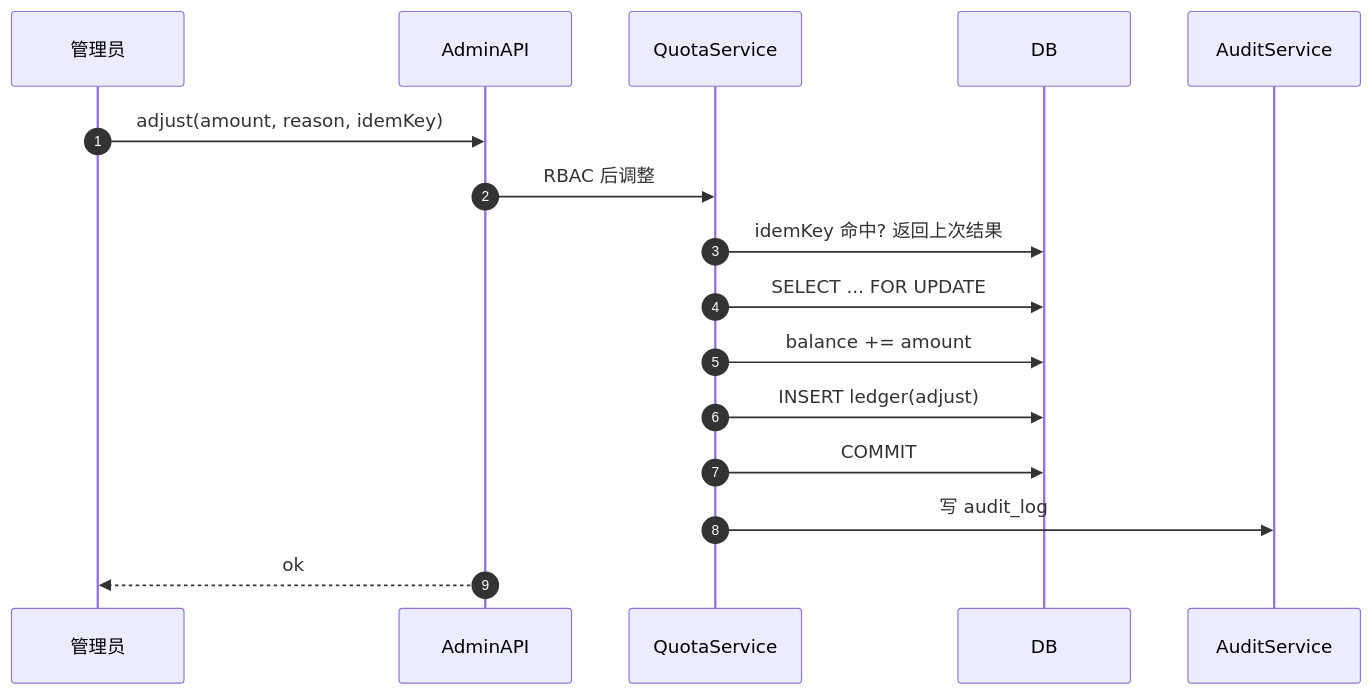
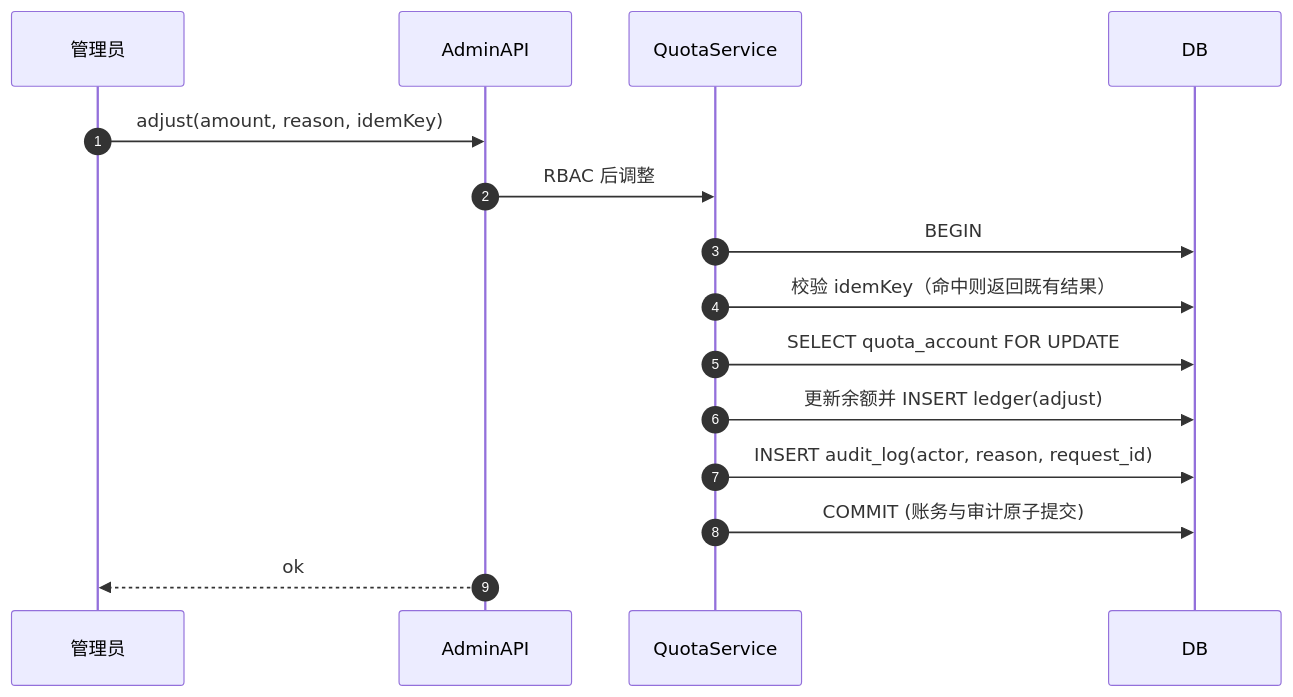
Before and after one commit to hchw/slogan: the eighth of 11 diagrams in docs/design-admin-platform.md, drawn with Mermaid. The commit also changed other lines of this file and 126 other files, not shown here.

````diff
--- a/docs/design-admin-platform.md
+++ b/docs/design-admin-platform.md
@@ -879,18 +887,17 @@
 ```mermaid
 sequenceDiagram
     autonumber
     participant A as 管理员
     participant API as AdminAPI
     participant QS as QuotaService
     participant DB as DB
-    participant AU as AuditService
     A->>API: adjust(amount, reason, idemKey)
     API->>QS: RBAC 后调整
-    QS->>DB: idemKey 命中? 返回上次结果
-    QS->>DB: SELECT ... FOR UPDATE
-    QS->>DB: balance += amount
-    QS->>DB: INSERT ledger(adjust)
-    QS->>DB: COMMIT
-    QS->>AU: 写 audit_log
+    QS->>DB: BEGIN
+    QS->>DB: 校验 idemKey（命中则返回既有结果）
+    QS->>DB: SELECT quota_account FOR UPDATE
+    QS->>DB: 更新余额并 INSERT ledger(adjust)
+    QS->>DB: INSERT audit_log(actor, reason, request_id)
+    QS->>DB: COMMIT (账务与审计原子提交)
     API-->>A: ok
 ```
````
